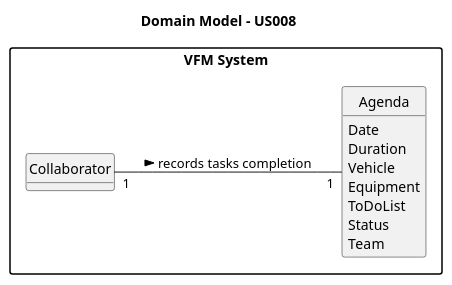
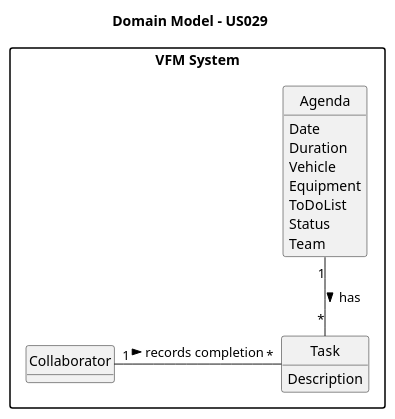
The diagram in docs/sprintC/us029/02.analysis/puml/us029-domain-model.puml (SAEmanuel/Green_Spaces_Management_ISEP), drawn with PlantUML before and after one commit. The commit also changed 9 other files, not shown here.

```diff
--- a/docs/sprintC/us029/02.analysis/puml/us029-domain-model.puml
+++ b/docs/sprintC/us029/02.analysis/puml/us029-domain-model.puml
@@ -1,41 +1,46 @@
 @startuml
 skinparam monochrome true
 skinparam packageStyle rectangle
 skinparam shadowing false
 
-left to right direction
+'left to right direction
 
 skinparam classAttributeIconSize 0
 
 hide circle
 hide methods
 package "VFM System" {
 
-title Domain Model - US008
+title Domain Model - US029
 
 
 
 class Collaborator {
 }
 
 class Agenda {
          Date
          Duration
          Vehicle
          Equipment
          ToDoList
          Status
          Team
 }
 
+class Task{
+        Description
+}
 
 
 
 
-Collaborator "1" -- "1" Agenda : records tasks completion >
+
+Agenda "1" -- "*" Task : has >
+Collaborator "1" - "*" Task : records completion >
 
 
 
 
 
 @enduml
```
